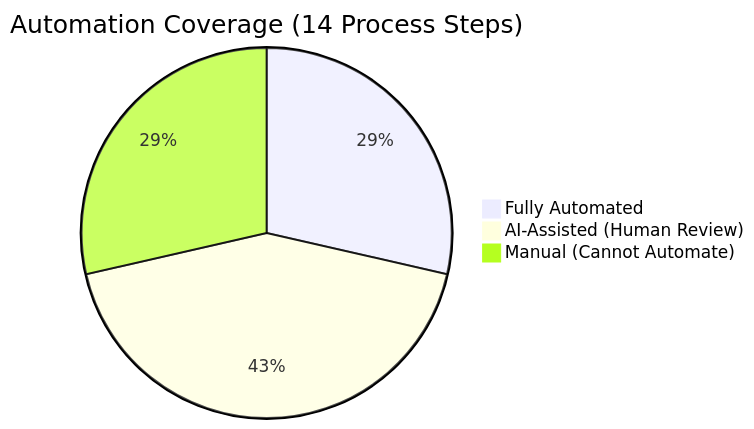
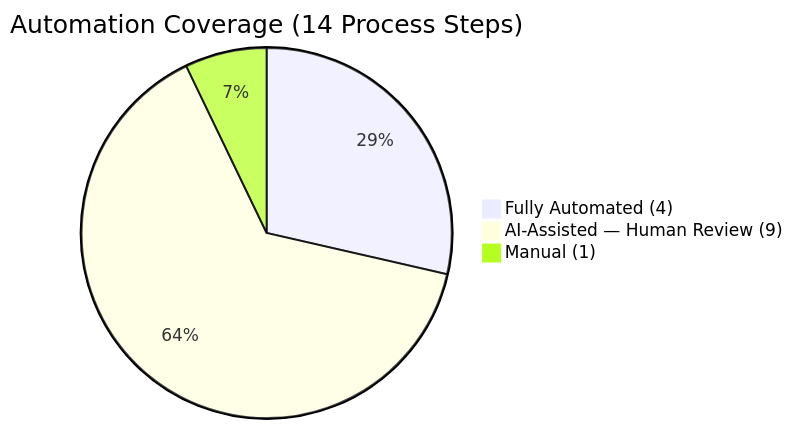
Before and after one commit to dkinvestments-art/n8n: diagram 20 of 23 in docs/quarterly-meeting-automation/05-Comprehensive-Workflow-Documentation.md, drawn with Mermaid. The commit also changed other lines of this file, not shown here.

````diff
--- a/docs/quarterly-meeting-automation/05-Comprehensive-Workflow-Documentation.md
+++ b/docs/quarterly-meeting-automation/05-Comprehensive-Workflow-Documentation.md
@@ -899,6 +1035,6 @@
 ```mermaid
 pie title Automation Coverage (14 Process Steps)
-    "Fully Automated" : 4
-    "AI-Assisted (Human Review)" : 6
-    "Manual (Cannot Automate)" : 4
+    "Fully Automated (4)" : 4
+    "AI-Assisted — Human Review (9)" : 9
+    "Manual (1)" : 1
 ```
````
